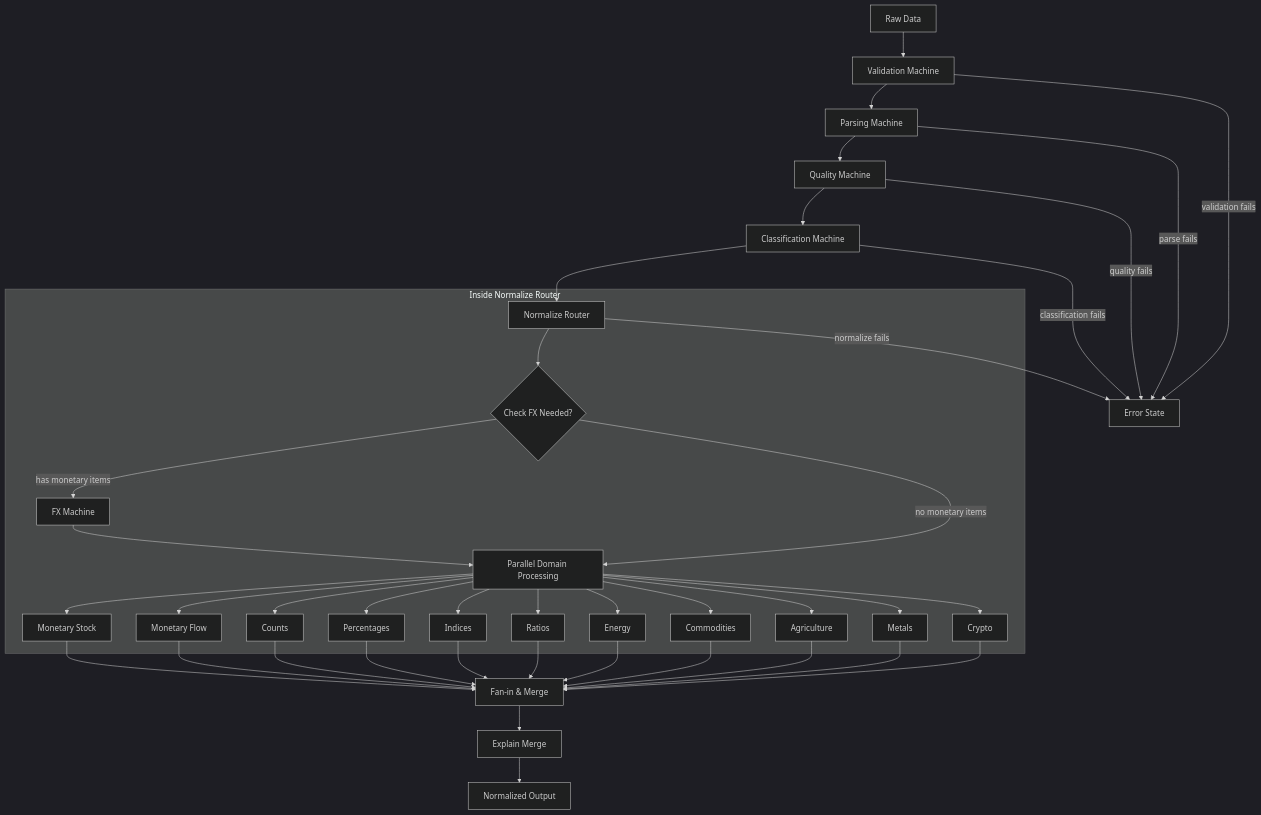
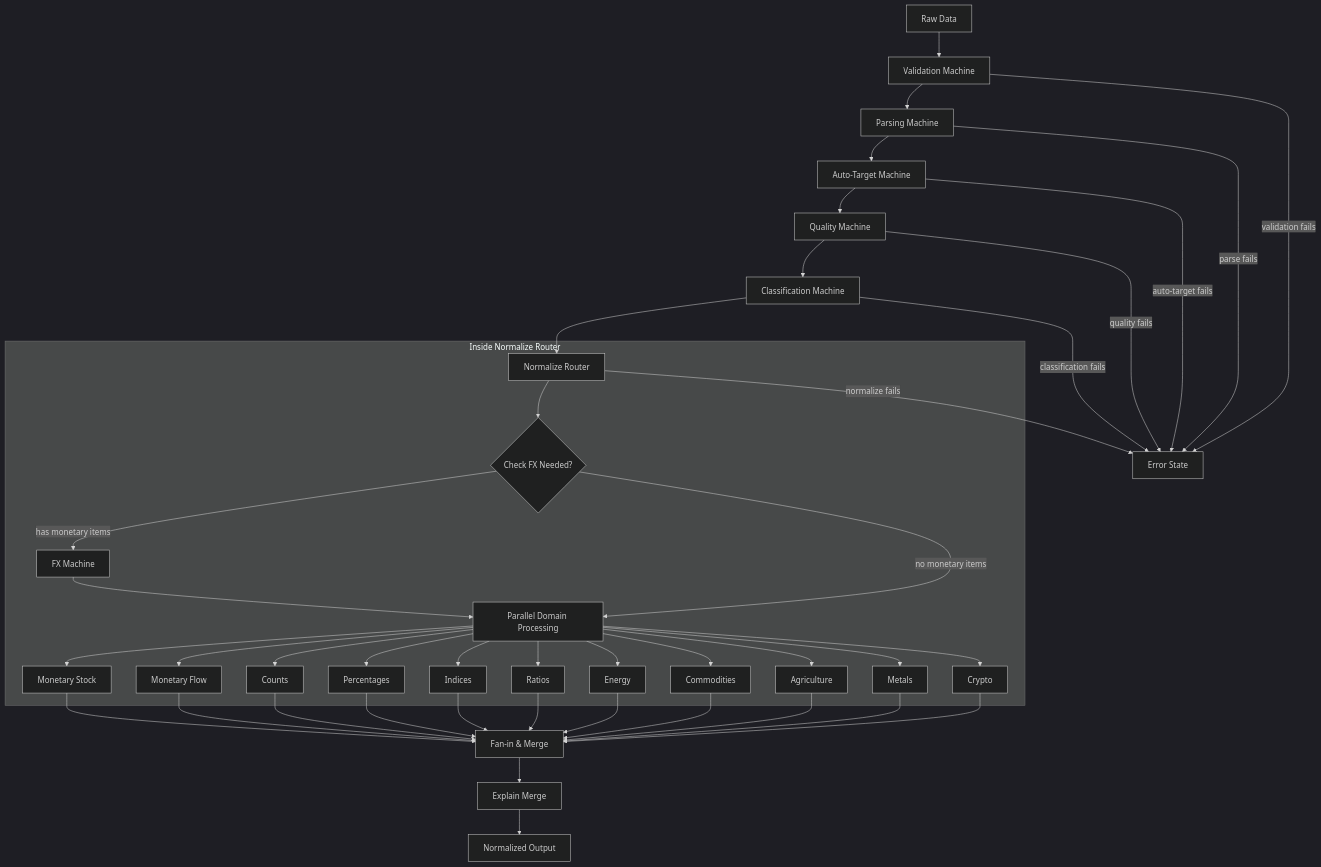
Before and after one commit to Tellimer/open-source: the first of 4 diagrams in packages/econify/src/workflowsV2/README.md, drawn with Mermaid (dark theme). The commit also changed other lines of this file and 15 other files, not shown here.

````diff
--- a/packages/econify/src/workflowsV2/README.md
+++ b/packages/econify/src/workflowsV2/README.md
@@ -45,49 +45,51 @@
 ```mermaid
 graph TD
 A[Raw Data] --> B[Validation Machine]
 B --> C[Parsing Machine]
-C --> D[Quality Machine]
-D --> E[Classification Machine]
-E --> F[Normalize Router]
+C --> D[Auto-Target Machine]
+D --> E[Quality Machine]
+E --> F[Classification Machine]
+F --> G[Normalize Router]
 
 subgraph "Inside Normalize Router"
-  F --> G{Check FX Needed?}
-  G -->|has monetary items| H[FX Machine]
-  G -->|no monetary items| J
+  G --> H{Check FX Needed?}
+  H -->|has monetary items| I[FX Machine]
+  H -->|no monetary items| K
 
-  H --> J[Parallel Domain Processing]
+  I --> K[Parallel Domain Processing]
 
-  J --> K[Monetary Stock]
-  J --> L[Monetary Flow]
-  J --> M[Counts]
-  J --> N[Percentages]
-  J --> O[Indices]
-  J --> P[Ratios]
-  J --> Q[Energy]
-  J --> R[Commodities]
-  J --> S[Agriculture]
-  J --> T[Metals]
-  J --> U[Crypto]
+  K --> L[Monetary Stock]
+  K --> M[Monetary Flow]
+  K --> N[Counts]
+  K --> O[Percentages]
+  K --> P[Indices]
+  K --> Q[Ratios]
+  K --> R[Energy]
+  K --> S[Commodities]
+  K --> T[Agriculture]
+  K --> U[Metals]
+  K --> V[Crypto]
 end
 
-K --> V[Fan-in & Merge]
-L --> V
-M --> V
-N --> V
-O --> V
-P --> V
-Q --> V
-R --> V
-S --> V
-T --> V
-U --> V
+L --> W[Fan-in & Merge]
+M --> W
+N --> W
+O --> W
+P --> W
+Q --> W
+R --> W
+S --> W
+T --> W
+U --> W
+V --> W
 
-V --> W[Explain Merge]
-W --> X[Normalized Output]
+W --> X[Explain Merge]
+X --> Y[Normalized Output]
 
 B -->|validation fails| ERR[Error State]
 C -->|parse fails| ERR
-D -->|quality fails| ERR
-E -->|classification fails| ERR
-F -->|normalize fails| ERR
+D -->|auto-target fails| ERR
+E -->|quality fails| ERR
+F -->|classification fails| ERR
+G -->|normalize fails| ERR
 ```
````
